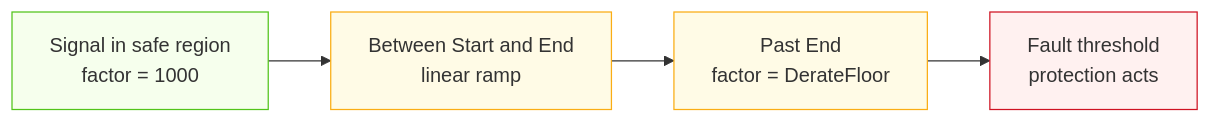
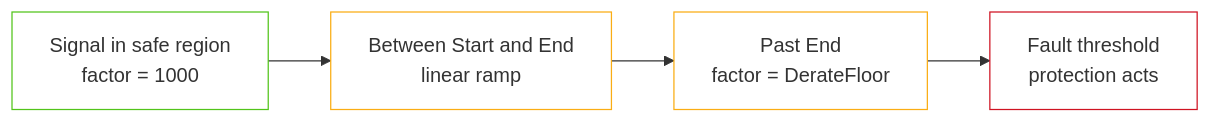
The fourth of 6 diagrams in src/battery/SOP_DESIGN.md (jsivolt/BMS_demo), drawn with Mermaid before and after one commit. The commit also changed other lines of this file, not shown here.

````diff
--- a/src/battery/SOP_DESIGN.md
+++ b/src/battery/SOP_DESIGN.md
@@ -535,13 +387,13 @@
 ```mermaid
 flowchart LR
     A["Signal in safe region<br/>factor = 1000"] --> B["Between Start and End<br/>linear ramp"]
     B --> C["Past End<br/>factor = DerateFloor"]
     C --> D["Fault threshold<br/>protection acts"]
 
-    classDef ok fill:#f6ffed,stroke:#52c41a
-    classDef warn fill:#fffbe6,stroke:#faad14
-    classDef bad fill:#fff1f0,stroke:#cf1322
+    classDef ok fill:transparent,stroke:#52c41a
+    classDef warn fill:transparent,stroke:#faad14
+    classDef bad fill:transparent,stroke:#cf1322
     class A ok
     class B,C warn
     class D bad
 ```
````
